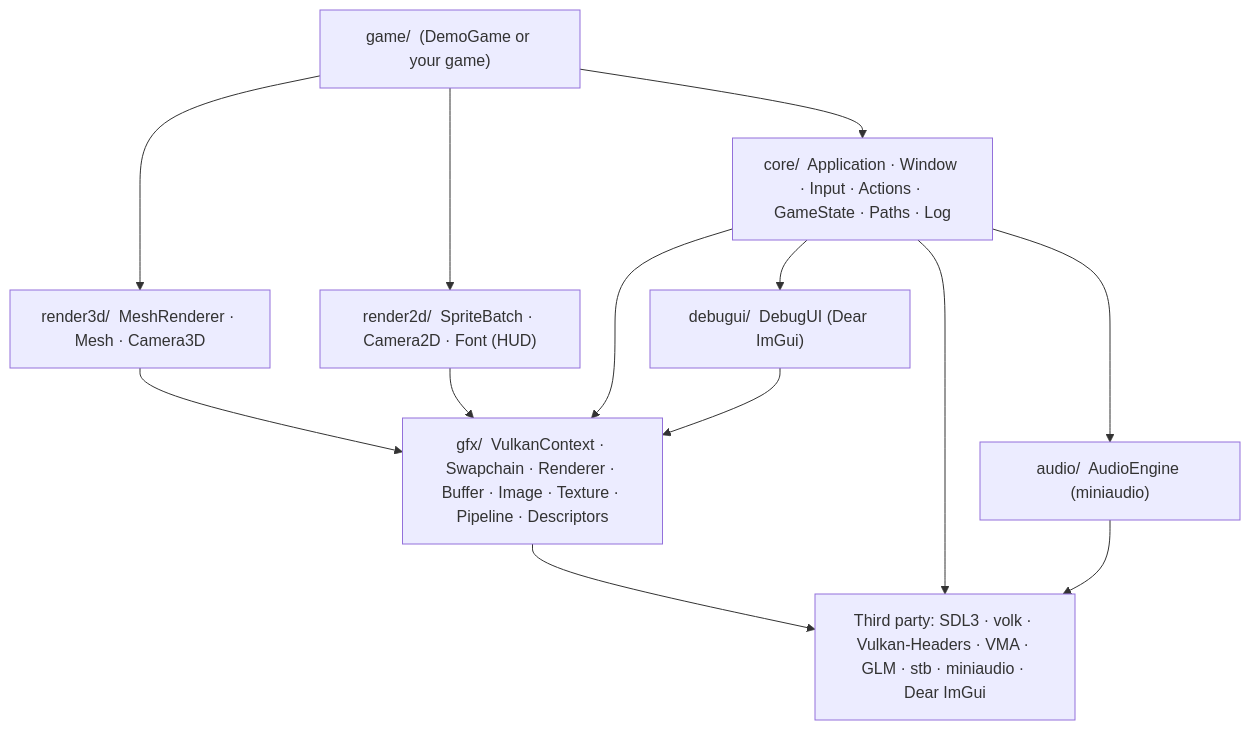
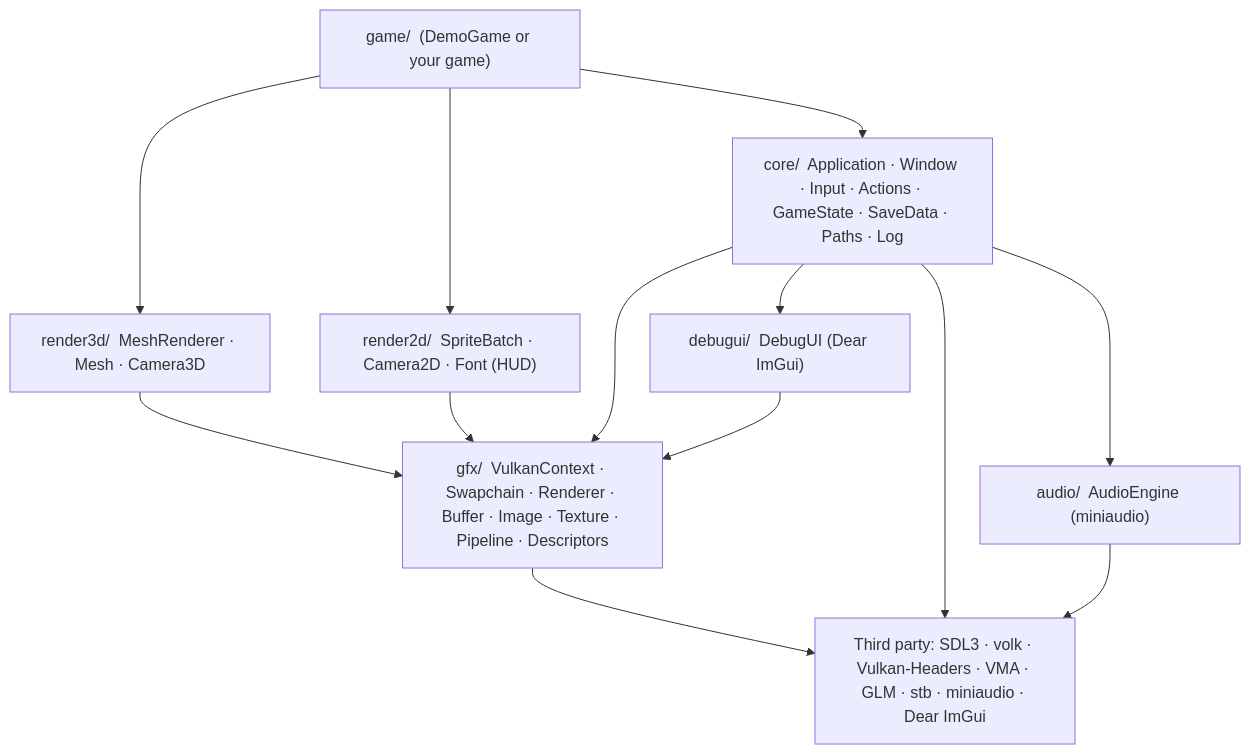
Before and after one commit to Chuck5ta/3DBaseFramework: the first of 11 diagrams in docs/ARCHITECTURE.md, drawn with Mermaid. The commit also changed other lines of this file and 11 other files, not shown here.

````diff
--- a/docs/ARCHITECTURE.md
+++ b/docs/ARCHITECTURE.md
@@ -33,24 +33,24 @@
 ```mermaid
 flowchart TD
     game["game/  (DemoGame or your game)"]
     r3d["render3d/  MeshRenderer · Mesh · Camera3D"]
     r2d["render2d/  SpriteBatch · Camera2D · Font (HUD)"]
-    core["core/  Application · Window · Input · Actions · GameState · Paths · Log"]
+    core["core/  Application · Window · Input · Actions · GameState · SaveData · Paths · Log"]
     aud["audio/  AudioEngine (miniaudio)"]
     dbg["debugui/  DebugUI (Dear ImGui)"]
     gfx["gfx/  VulkanContext · Swapchain · Renderer · Buffer · Image · Texture · Pipeline · Descriptors"]
     third["Third party: SDL3 · volk · Vulkan-Headers · VMA · GLM · stb · miniaudio · Dear ImGui"]
 
     game --> r3d
     game --> r2d
     game --> core
     r3d --> gfx
     r2d --> gfx
     core --> gfx
     core --> aud
     core --> dbg
     dbg --> gfx
     gfx --> third
     core --> third
     aud --> third
 ```
````
